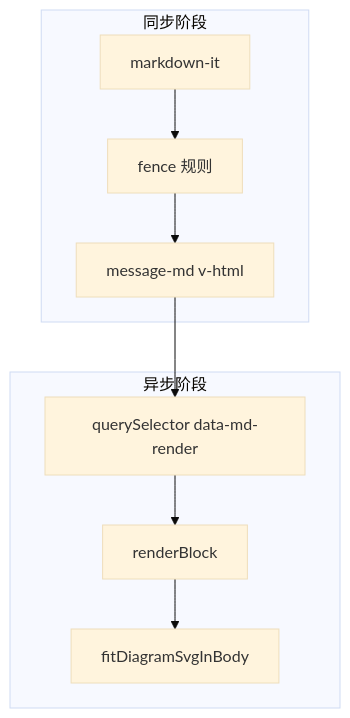
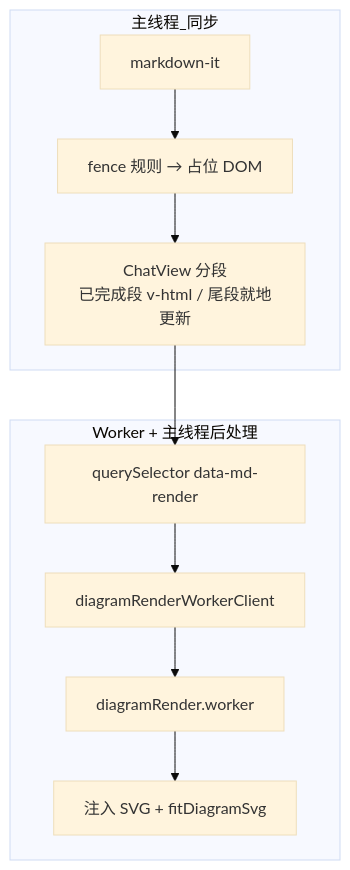
The diagram in 前端/md解析器/架构与流程.md (j2agent-ai/j2agent-docs), drawn with Mermaid (base theme) before and after one commit. The commit also changed other lines of this file and 3 other files, not shown here.

````diff
--- a/前端/md解析器/架构与流程.md
+++ b/前端/md解析器/架构与流程.md
@@ -5,16 +7,17 @@
 ```mermaid
 flowchart TB
-  subgraph sync [同步阶段]
+  subgraph sync [主线程_同步]
     MD["markdown-it"]
-    Fence["fence 规则"]
-    HTML["message-md v-html"]
-    MD --> Fence --> HTML
+    Fence["fence 规则 → 占位 DOM"]
+    Seg["ChatView 分段\n已完成段 v-html / 尾段就地更新"]
+    MD --> Fence --> Seg
   end
-  subgraph async [异步阶段]
+  subgraph async [Worker + 主线程后处理]
     Scan["querySelector data-md-render"]
-    Render["renderBlock"]
-    Fit["fitDiagramSvgInBody"]
-    Scan --> Render --> Fit
+    Client["diagramRenderWorkerClient"]
+    Worker["diagramRender.worker"]
+    Inject["注入 SVG + fitDiagramSvg"]
+    Scan --> Client --> Worker --> Inject
   end
-  HTML --> Scan
+  Seg --> Scan
 ```
````
